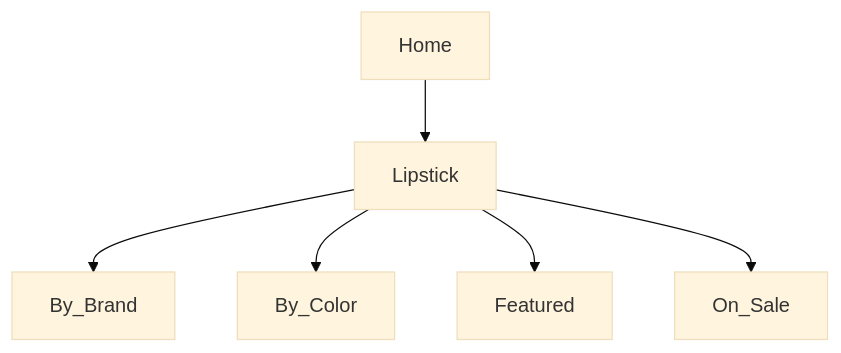
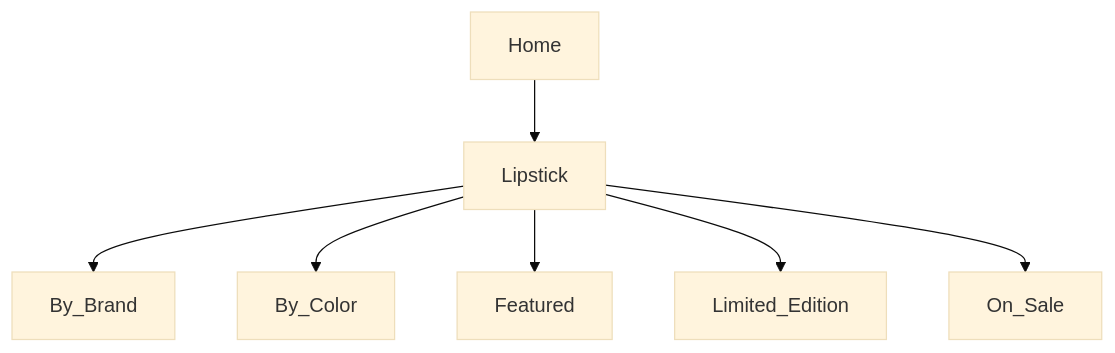
Before and after one commit to misterfitzy/false-eyelash-store: the diagram in specs/product-spec.md, drawn with Mermaid (base theme). The commit also changed other lines of this file, not shown here.

Commit message:
Update lipstick feature spec for advanced filtering, variant mgmt, admin tools, extensibility, and UI/UX (Apr 27, 2026)

````diff
--- a/specs/product-spec.md
+++ b/specs/product-spec.md
@@ -26,8 +29,9 @@
 ```mermaid
 graph TD
   Home --> Lipstick
   Lipstick --> By_Brand
   Lipstick --> By_Color
   Lipstick --> Featured
+  Lipstick --> Limited_Edition
   Lipstick --> On_Sale
 ```
````
